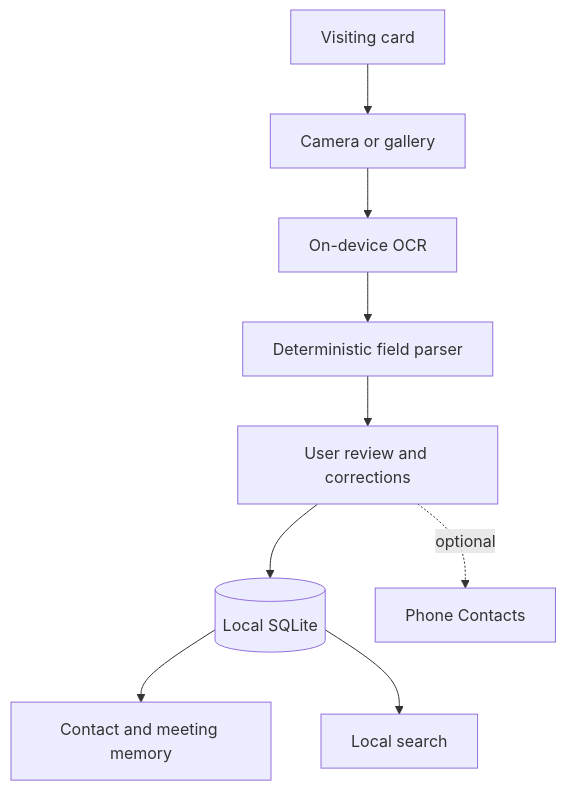
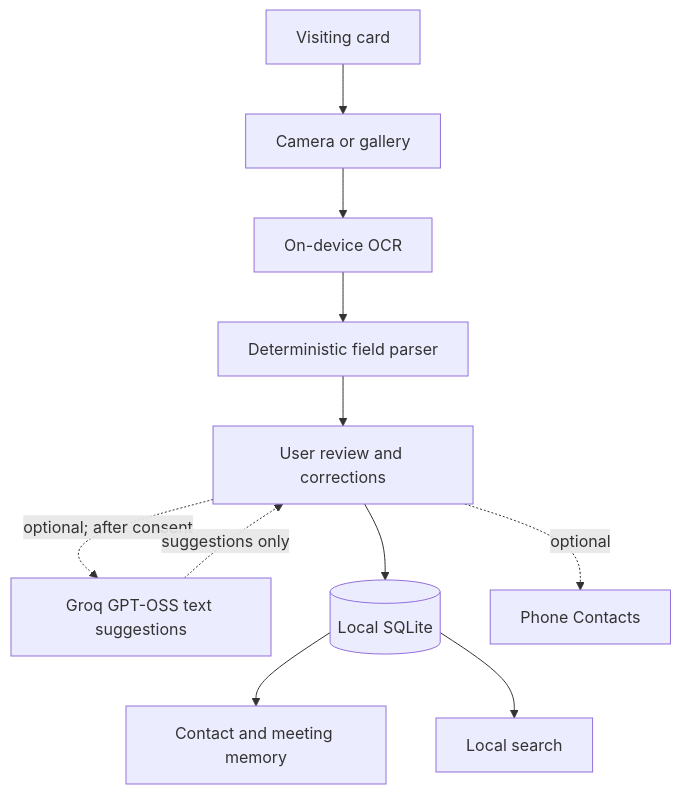
One commit to Aryan246cs/contactory changed the first of 2 diagrams in README.md. Above: the diagram before and after it, drawn with Mermaid. The commit also changed other lines of this file and 12 other files, not shown here.

````diff
--- a/README.md
+++ b/README.md
@@ -9,11 +9,13 @@
 ```mermaid
 flowchart TD
   Card[Visiting card] --> Camera[Camera or gallery]
   Camera --> OCR[On-device OCR]
   OCR --> Parser[Deterministic field parser]
   Parser --> Review[User review and corrections]
+  Review -. optional; after consent .-> Groq[Groq GPT-OSS text suggestions]
+  Groq -. suggestions only .-> Review
   Review --> SQLite[(Local SQLite)]
   SQLite --> Memory[Contact and meeting memory]
   SQLite --> Search[Local search]
   Review -. optional .-> Native[Phone Contacts]
 ```
````
